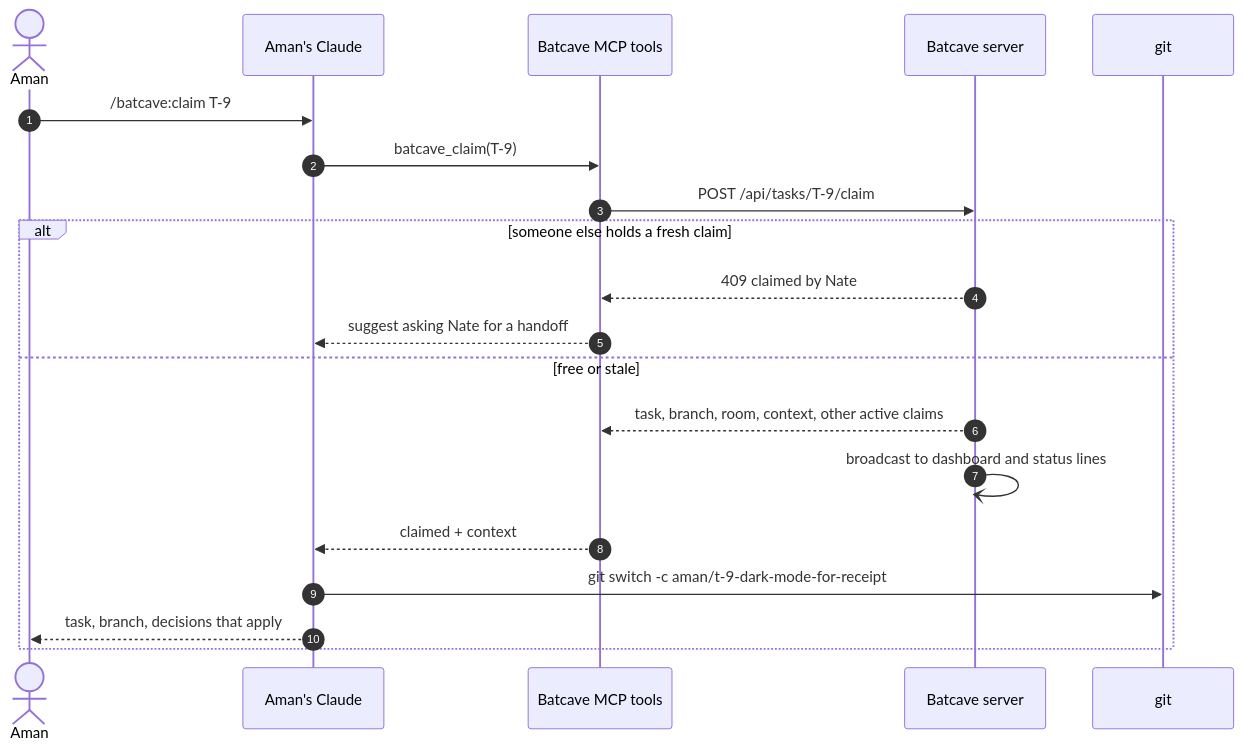
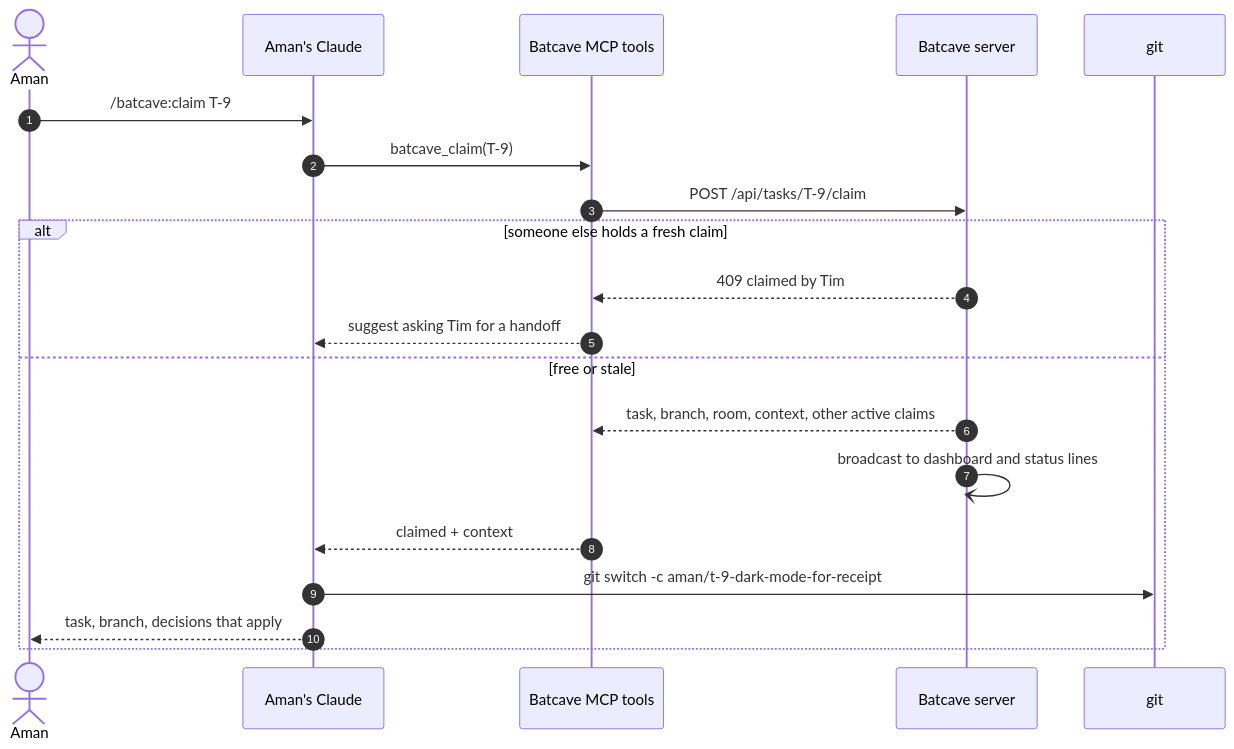
One commit to solanki-aman/batcave changed the second of 5 diagrams in docs/walkthrough.md. Above: the diagram before and after it, drawn with Mermaid. The commit also changed other lines of this file and 14 other files, not shown here.

````diff
--- a/docs/walkthrough.md
+++ b/docs/walkthrough.md
@@ -31,23 +31,23 @@
 ```mermaid
 sequenceDiagram
     autonumber
     actor Aman
     participant C as Aman's Claude
     participant MCP as Batcave MCP tools
     participant S as Batcave server
     participant Git as git
 
     Aman->>C: /batcave:claim T-9
     C->>MCP: batcave_claim(T-9)
     MCP->>S: POST /api/tasks/T-9/claim
     alt someone else holds a fresh claim
-        S-->>MCP: 409 claimed by Nate
-        MCP-->>C: suggest asking Nate for a handoff
+        S-->>MCP: 409 claimed by Tim
+        MCP-->>C: suggest asking Tim for a handoff
     else free or stale
         S-->>MCP: task, branch, room, context, other active claims
         S-)S: broadcast to dashboard and status lines
         MCP-->>C: claimed + context
         C->>Git: git switch -c aman/t-9-dark-mode-for-receipt
         C-->>Aman: task, branch, decisions that apply
     end
 ```
````
